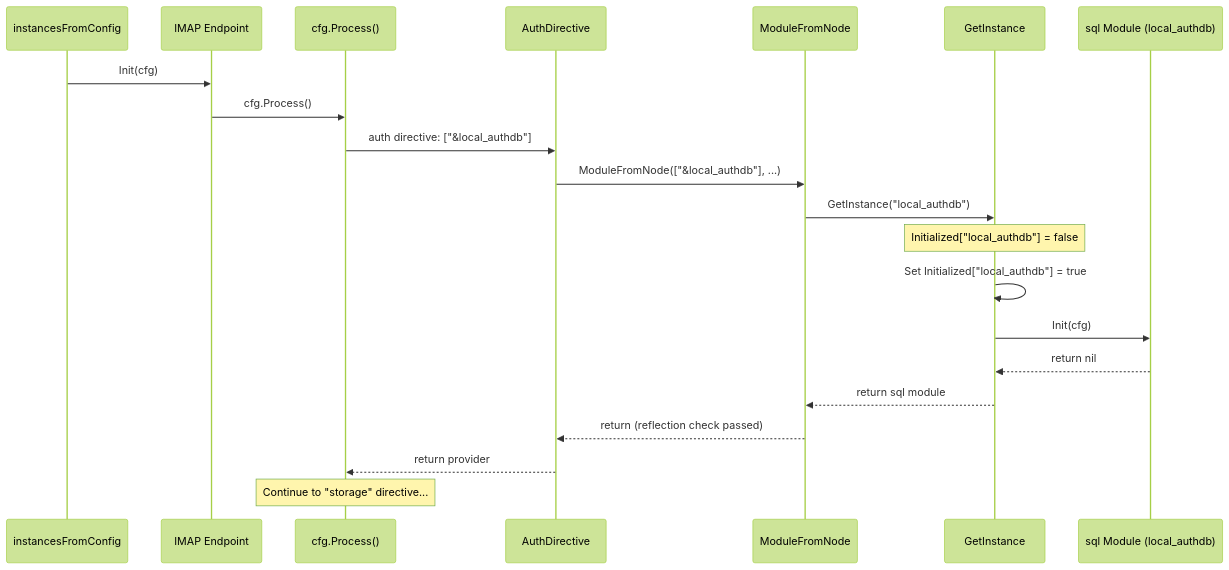
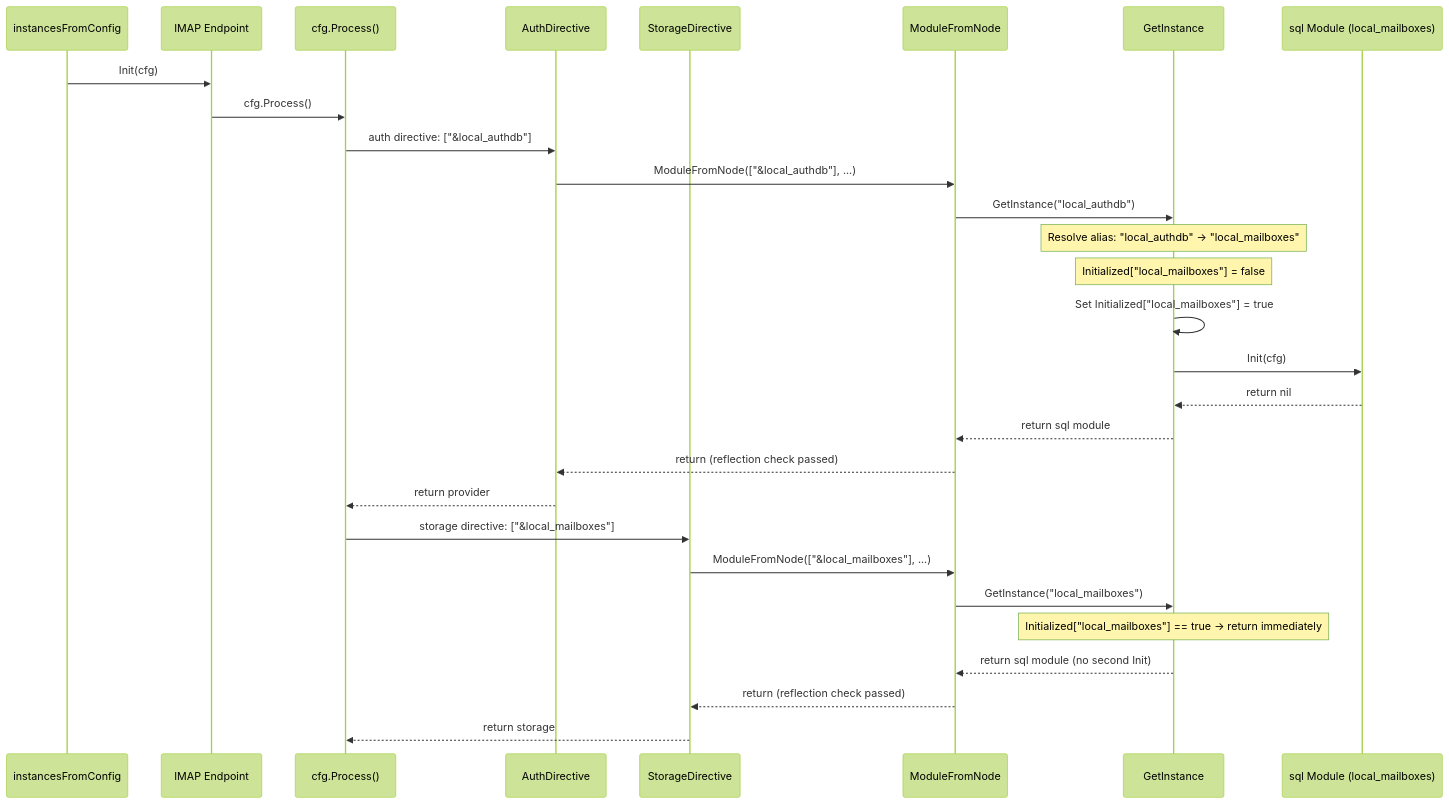
Before and after one commit to blitzy-research/maddy: the fourth of 7 diagrams in blitzy/documentation/maddy.md, drawn with Mermaid (forest theme). The commit also changed other lines of this file, not shown here.

Commit message:
Fix 3 MINOR documentation issues in blitzy/documentation/maddy.md
- Issue 1 (Section 3.5): Replace condensed code snippet with actual
  maddy.go:358-365 code structure using positive condition with continue
- Issue 2 (Section 4.4): Add alias resolution in step 5 and Mermaid diagram,
  showing GetInstance resolves 'local_authdb' to 'local_mailboxes' before
  checking Initialized map
- Issue 3 (Section 4.4): Clarify step 7 that storage directive finds
  Initialized['local_mailboxes'] already true via alias, returns immediately
  with no second Init() call, honoring at-most-once guarantee

````diff
--- a/blitzy/documentation/maddy.md
+++ b/blitzy/documentation/maddy.md
@@ -420,24 +421,32 @@
 ```mermaid
 sequenceDiagram
     participant IC as instancesFromConfig
     participant IMAP as IMAP Endpoint
     participant Proc as cfg.Process()
     participant Auth as AuthDirective
+    participant Stor as StorageDirective
     participant MFN as ModuleFromNode
     participant GI as GetInstance
-    participant SQL as sql Module (local_authdb)
+    participant SQL as sql Module (local_mailboxes)
 
     IC->>IMAP: Init(cfg)
     IMAP->>Proc: cfg.Process()
     Proc->>Auth: auth directive: ["&local_authdb"]
     Auth->>MFN: ModuleFromNode(["&local_authdb"], ...)
     MFN->>GI: GetInstance("local_authdb")
-    Note over GI: Initialized["local_authdb"] = false
-    GI->>GI: Set Initialized["local_authdb"] = true
+    Note over GI: Resolve alias: "local_authdb" → "local_mailboxes"
+    Note over GI: Initialized["local_mailboxes"] = false
+    GI->>GI: Set Initialized["local_mailboxes"] = true
     GI->>SQL: Init(cfg)
     SQL-->>GI: return nil
     GI-->>MFN: return sql module
     MFN-->>Auth: return (reflection check passed)
     Auth-->>Proc: return provider
-    Note over Proc: Continue to "storage" directive...
+    Proc->>Stor: storage directive: ["&local_mailboxes"]
+    Stor->>MFN: ModuleFromNode(["&local_mailboxes"], ...)
+    MFN->>GI: GetInstance("local_mailboxes")
+    Note over GI: Initialized["local_mailboxes"] == true → return immediately
+    GI-->>MFN: return sql module (no second Init)
+    MFN-->>Stor: return (reflection check passed)
+    Stor-->>Proc: return storage
 ```
````
